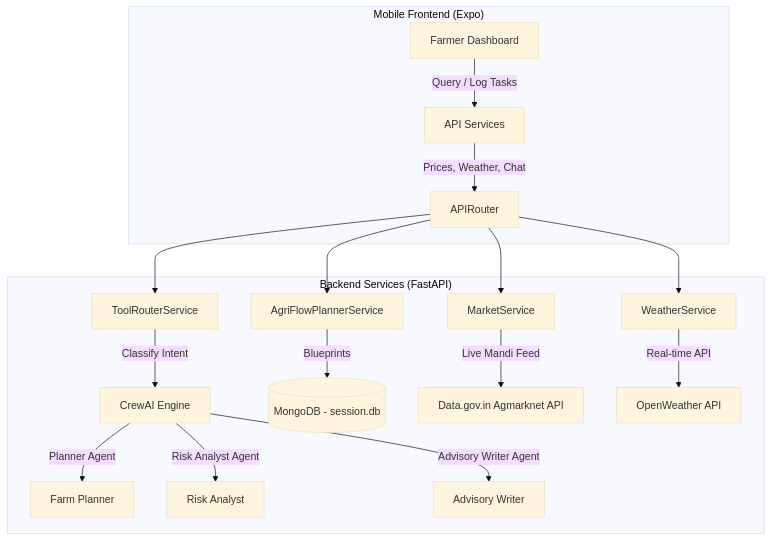
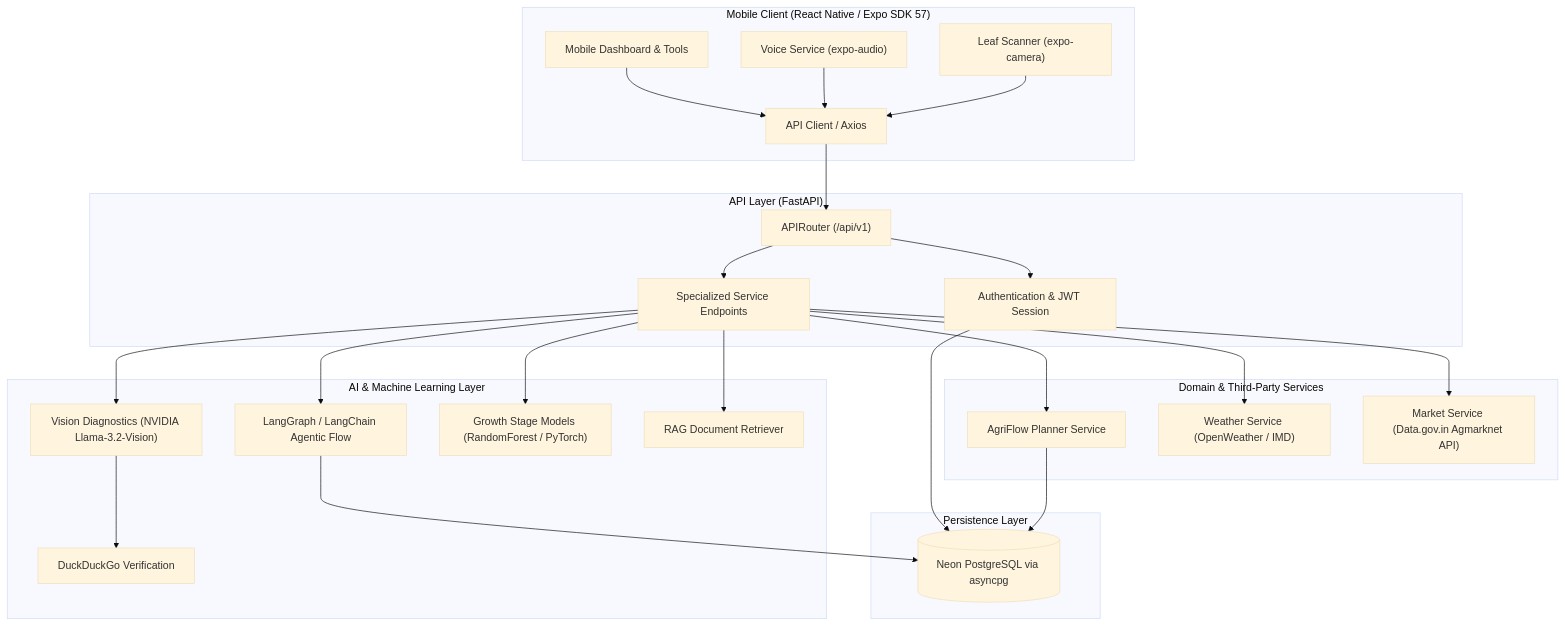
The diagram in README.md (Kowsik-Y/AgriNexa), drawn with Mermaid (base theme) before and after one commit. The commit also changed other lines of this file and 4 other files, not shown here.

````diff
--- a/README.md
+++ b/README.md
@@ -10,23 +33,37 @@
 ```mermaid
 graph TD
-    subgraph "Mobile Frontend (Expo)"
-        UI["Farmer Dashboard"] --> |"Query / Log Tasks"| APIClient["API Services"]
-        APIClient --> |"Prices, Weather, Chat"| Gateway["APIRouter"]
+    subgraph Client ["Mobile Client (React Native / Expo SDK 57)"]
+        UI["Mobile Dashboard & Tools"]
+        Audio["Voice Service (expo-audio)"]
+        Camera["Leaf Scanner (expo-camera)"]
+        UI --> APIClient["API Client / Axios"]
+        Audio --> APIClient
+        Camera --> APIClient
     end
 
-    subgraph "Backend Services (FastAPI)"
-        Gateway --> AgentRouter["ToolRouterService"]
-        Gateway --> FlowService["AgriFlowPlannerService"]
-        Gateway --> MarketService["MarketService"]
-        Gateway --> WeatherService["WeatherService"]
+    subgraph Gateway ["API Layer (FastAPI)"]
+        APIClient --> Router["APIRouter (/api/v1)"]
+        Router --> Auth["Authentication & JWT Session"]
+        Router --> Endpoints["Specialized Service Endpoints"]
+    end
 
-        AgentRouter --> |"Classify Intent"| CrewEngine["CrewAI Engine"]
-        CrewEngine --> |"Planner Agent"| A1["Farm Planner"]
-        CrewEngine --> |"Risk Analyst Agent"| A2["Risk Analyst"]
-        CrewEngine --> |"Advisory Writer Agent"| A3["Advisory Writer"]
+    subgraph Intelligence ["AI & Machine Learning Layer"]
+        Endpoints --> LangGraph["LangGraph / LangChain Agentic Flow"]
+        Endpoints --> VisionScan["Vision Diagnostics (NVIDIA Llama-3.2-Vision)"]
+        Endpoints --> GrowthModels["Growth Stage Models (RandomForest / PyTorch)"]
+        Endpoints --> RAG["RAG Document Retriever"]
+        VisionScan --> WebSearch["DuckDuckGo Verification"]
+    end
 
-        FlowService --> |"Blueprints"| MongoDB[("MongoDB - session.db")]
-        MarketService --> |"Live Mandi Feed"| DataGov["Data.gov.in Agmarknet API"]
-        WeatherService --> |"Real-time API"| OpenWeather["OpenWeather API"]
+    subgraph DataServices ["Domain & Third-Party Services"]
+        Endpoints --> FlowEngine["AgriFlow Planner Service"]
+        Endpoints --> WeatherService["Weather Service (OpenWeather / IMD)"]
+        Endpoints --> MarketService["Market Service (Data.gov.in Agmarknet API)"]
+    end
+
+    subgraph Storage ["Persistence Layer"]
+        Auth --> NeonDB[("Neon PostgreSQL via asyncpg")]
+        FlowEngine --> NeonDB
+        LangGraph --> NeonDB
     end
 ```
````
